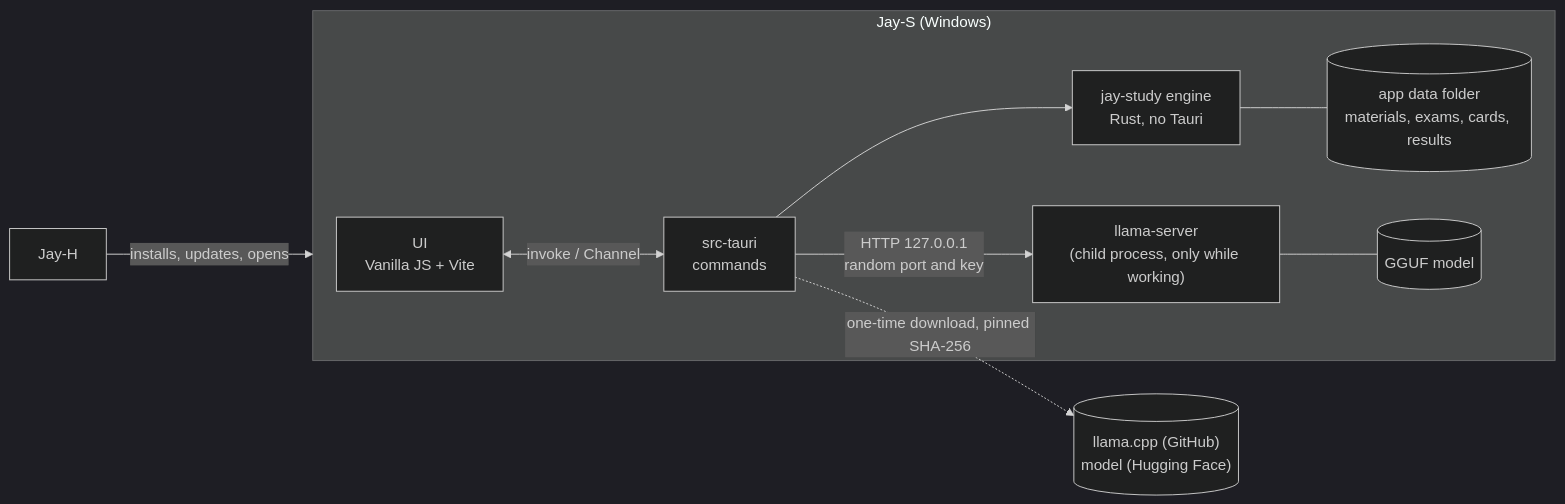
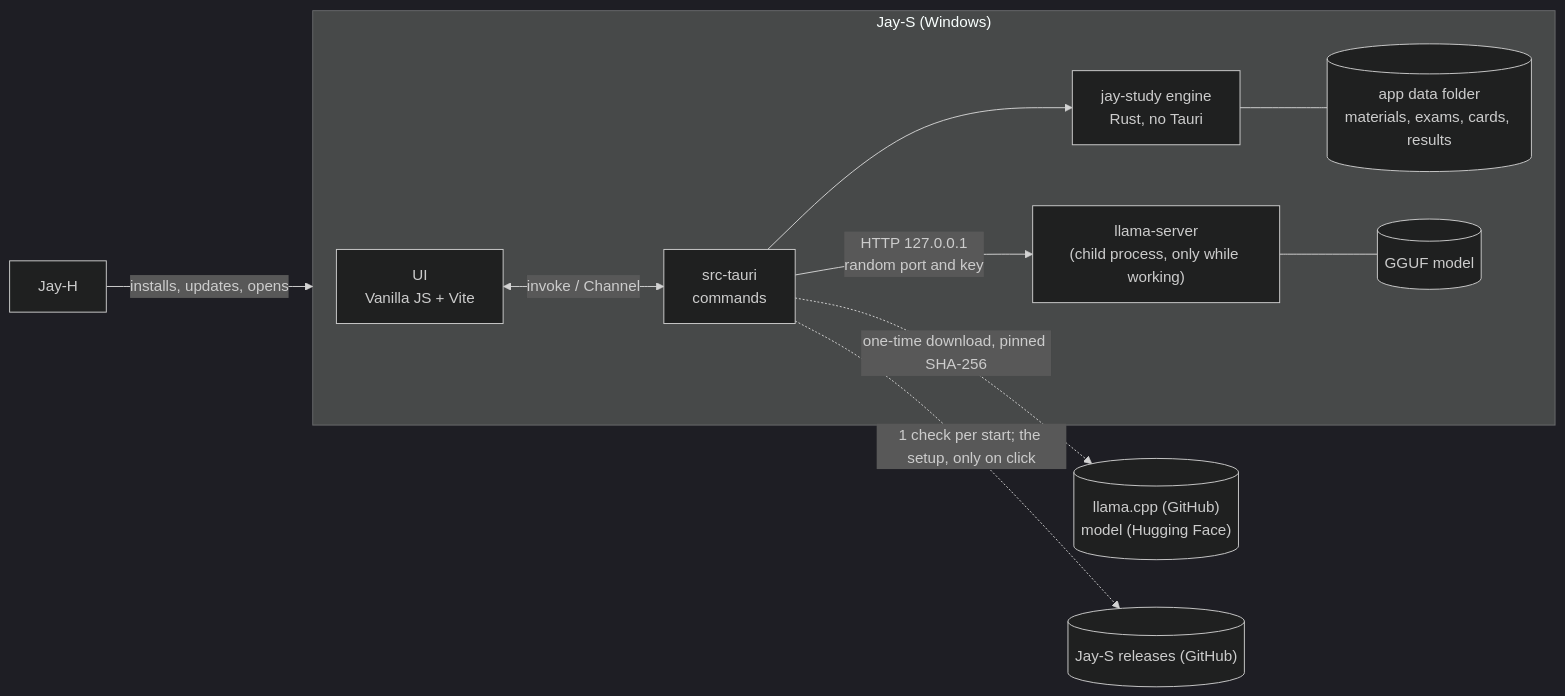
One commit to TyxMatty/Jay-S changed the first of 3 diagrams in docs/ARQUITETURA.en.md. Above: the diagram before and after it, drawn with Mermaid (dark theme). The commit also changed other lines of this file and 17 other files, not shown here.

````diff
--- a/docs/ARQUITETURA.en.md
+++ b/docs/ARQUITETURA.en.md
@@ -18,12 +18,13 @@
 ```mermaid
 flowchart LR
   subgraph JS["Jay-S (Windows)"]
     UI["UI<br/>Vanilla JS + Vite"] <-- "invoke / Channel" --> RS["src-tauri<br/>commands"]
     RS --> ENG["jay-study engine<br/>Rust, no Tauri"]
     ENG --- DATA[("app data folder<br/>materials, exams, cards, results")]
     RS -- "HTTP 127.0.0.1<br/>random port and key" --> LLM["llama-server<br/>(child process, only while working)"]
     LLM --- MODEL[("GGUF model")]
   end
   RS -. "one-time download, pinned SHA-256" .-> HF[("llama.cpp (GitHub)<br/>model (Hugging Face)")]
+  RS -. "1 check per start; the setup, only on click" .-> GH[("Jay-S releases (GitHub)")]
   JH["Jay-H"] -- "installs, updates, opens" --> JS
 ```
````
